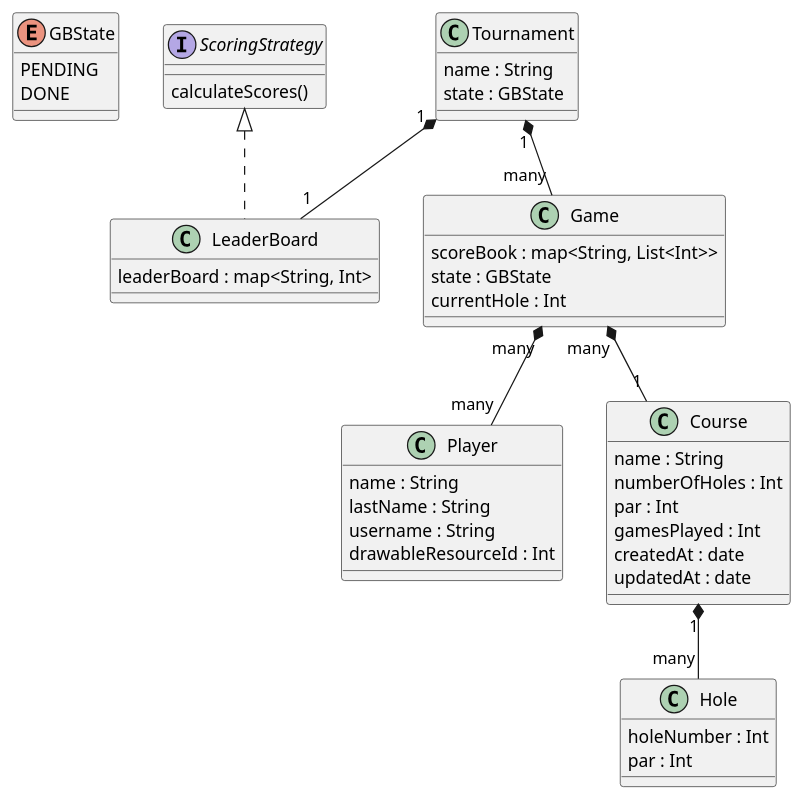
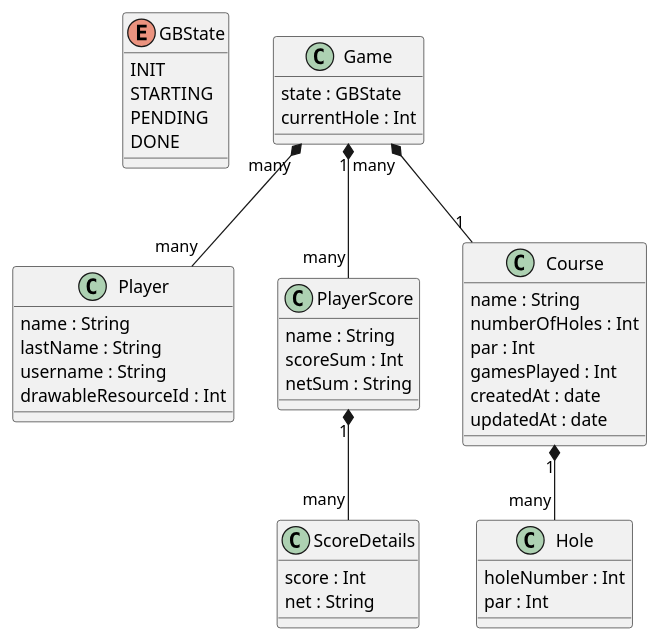
The diagram in doc/class_diagram.puml (MindeurFou/golfbook-backend), drawn with PlantUML before and after one commit. The commit also changed 23 other files, not shown here.

Commit message:
Add scoreBook DAO

```diff
--- a/doc/class_diagram.puml
+++ b/doc/class_diagram.puml
@@ -1,57 +1,67 @@
 @startuml
 'https://plantuml.com/class-diagram
 
 enum GBState {
+    INIT
+    STARTING
     PENDING
     DONE
 }
 
 class Player {
     name : String
     lastName : String
     username : String
     drawableResourceId : Int
 }
 
-interface ScoringStrategy {
-    calculateScores()
+'class LeaderBoard {
+'    leaderBoard : map<String, Int>
+'}
+'
+'class Tournament {
+'    name : String
+'    state : GBState
+'}
+
+class PlayerScore {
+    name : String
+    scoreSum : Int
+    netSum : String
 }
 
-class LeaderBoard {
-    leaderBoard : map<String, Int>
-}
-
-class Tournament {
-    name : String
-    state : GBState
+class ScoreDetails {
+    score : Int
+    net : String
 }
 
 class Game {
-    scoreBook : map<String, List<Int>>
     state : GBState
     currentHole : Int
 }
 
 class Course {
     name : String
     numberOfHoles : Int
     par : Int
     gamesPlayed : Int
     createdAt : date
     updatedAt : date
 }
 
 class Hole {
     holeNumber : Int
     par : Int
 }
 
 Course "1" *-- "many" Hole
 Game "many" *-- "many" Player
 Game "many" *-- "1" Course
-Tournament "1" *-- "many" Game
-Tournament "1" *-- "1" LeaderBoard
-ScoringStrategy <|.. LeaderBoard
+Game "1" *-- "many" PlayerScore
+PlayerScore "1" *-- "many" ScoreDetails
+'Tournament "1" *-- "many" Game
+'Tournament "1" *-- "1" LeaderBoard
+'ScoringStrategy <|.. LeaderBoard
 
 
 @enduml
```
